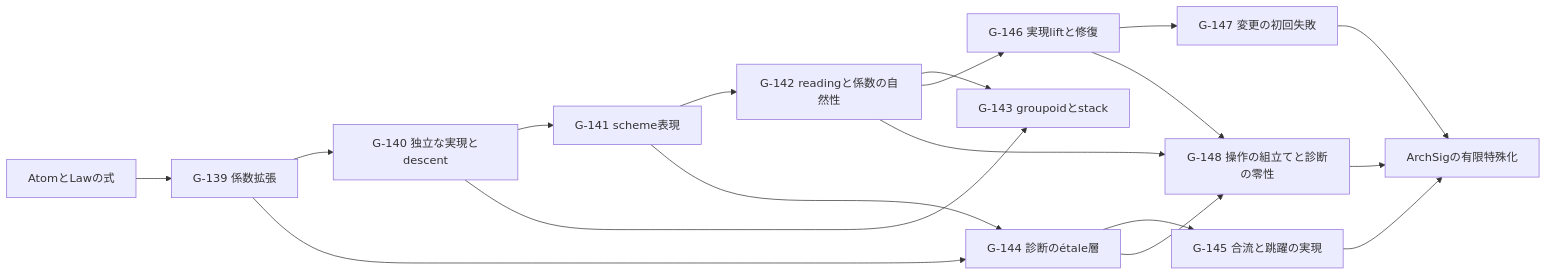
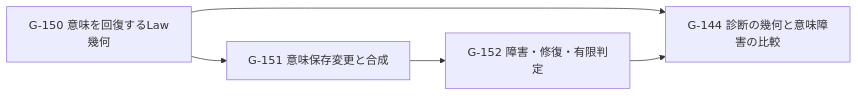
Before and after one commit to iroha1203/AlgebraicArchitectureTheoryV2: the diagram in docs/note/n1020_shigure_polynomial_specializations.md, drawn with Mermaid. The commit also changed other lines of this file and 17 other files, not shown here.

````diff
--- a/docs/note/n1020_shigure_polynomial_specializations.md
+++ b/docs/note/n1020_shigure_polynomial_specializations.md
@@ -349,20 +346,7 @@
 ```mermaid
 flowchart LR
-  A[AtomとLawの式] --> C[G-139 係数拡張]
-  C --> S[G-140 独立な実現とdescent]
-  S --> M[G-141 scheme表現]
-  M --> N[G-142 readingと係数の自然性]
-  S --> G[G-143 groupoidとstack]
-  N --> G
-  M --> D[G-144 診断のétale層]
+  A[G-150 意味を回復するLaw幾何] --> B[G-151 意味保存変更と合成]
+  B --> C[G-152 障害・修復・有限判定]
+  A --> D[G-144 診断の幾何と意味障害の比較]
   C --> D
-  D --> J[G-145 合流と跳躍の実現]
-  N --> L[G-146 実現liftと修復]
-  L --> F[G-147 変更の初回失敗]
-  N --> O[G-148 操作の組立てと診断の零性]
-  D --> O
-  L --> O
-  J --> T[ArchSigの有限特殊化]
-  F --> T
-  O --> T
 ```
````
